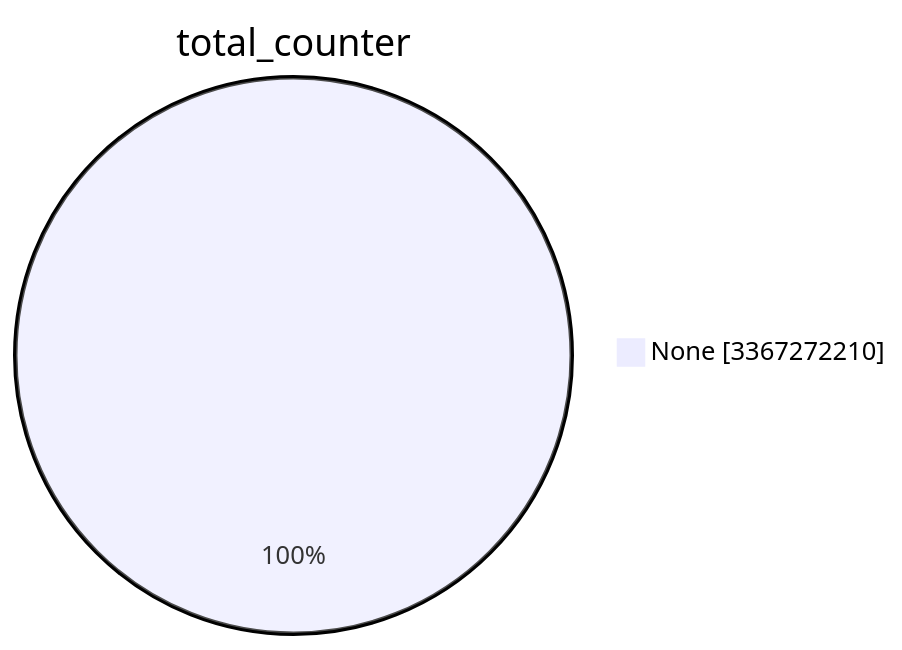
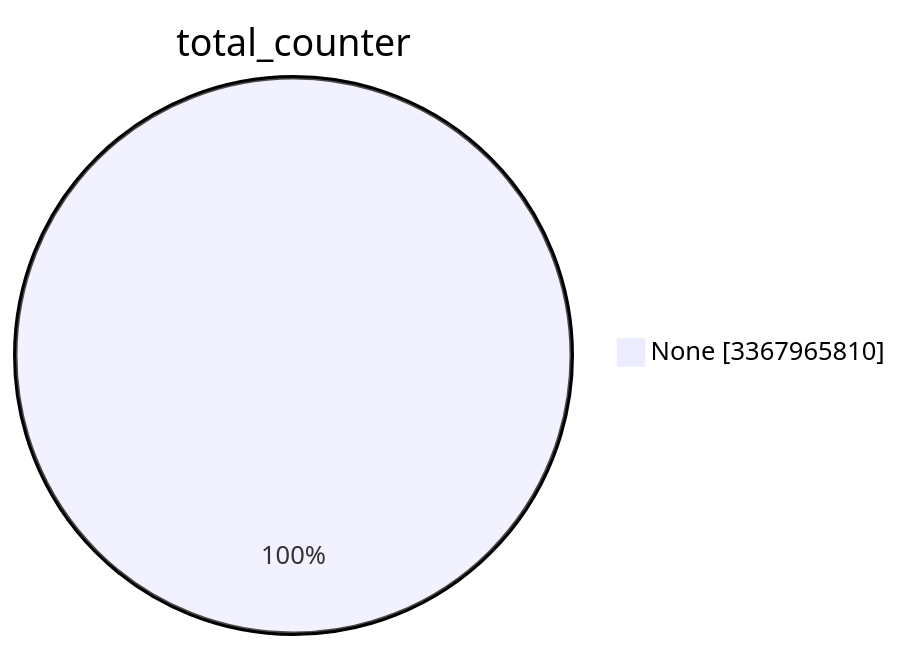
Before and after one commit to christiankrug/ctmonitor_visualization: the first of 15 diagrams in TOTAL/README.md, drawn with Mermaid. The commit also changed other lines of this file, not shown here.

````diff
--- a/TOTAL/README.md
+++ b/TOTAL/README.md
@@ -1,5 +1,5 @@
 ```mermaid
 pie showData
 title total_counter
-"None" :3367272210
+"None" :3367965810
 ```
````
